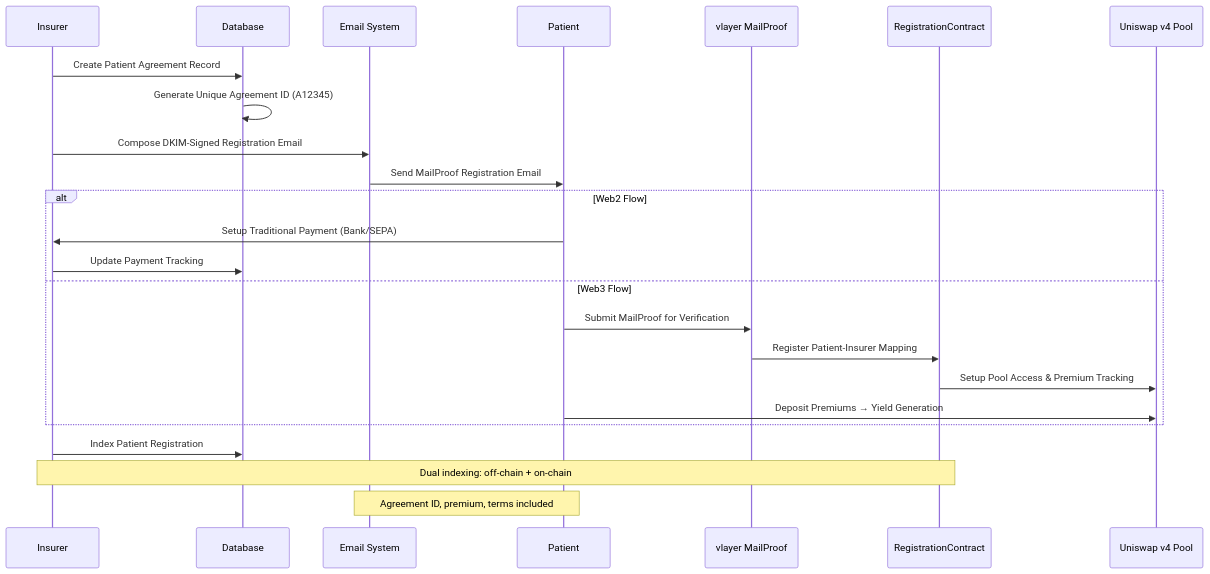
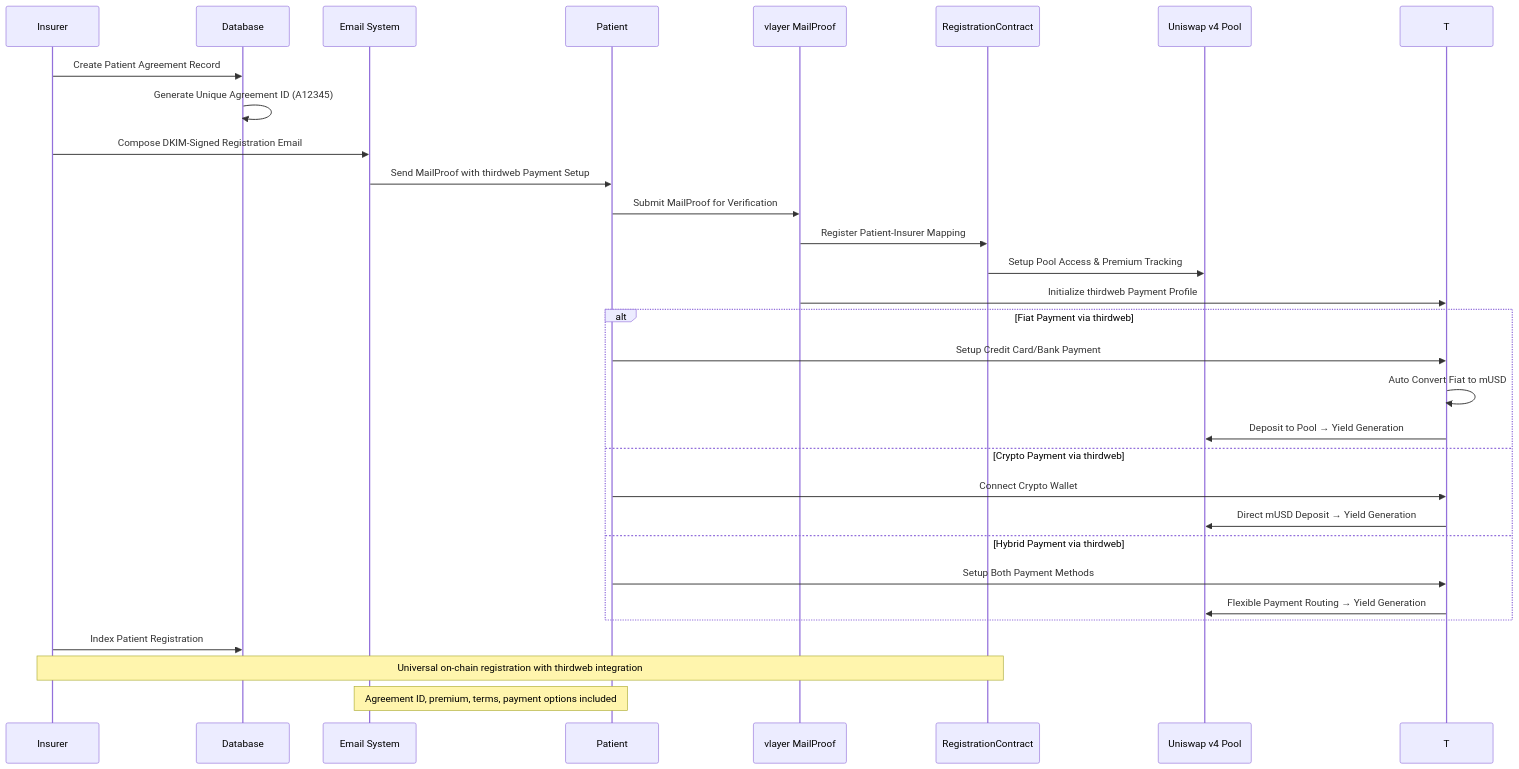
One commit to ppezzull/zkMed changed the sixth of 18 diagrams in memory-bank/systemPatterns.md. Above: the diagram before and after it, drawn with Mermaid. The commit also changed other lines of this file and 1 other file, not shown here.

Commit message:
New memory-bank after a few realizations pt.5

````diff
--- a/memory-bank/systemPatterns.md
+++ b/memory-bank/systemPatterns.md
@@ -225,30 +226,37 @@
 ```mermaid
 sequenceDiagram
     participant I as Insurer
     participant D as Database
     participant E as Email System
     participant P as Patient
     participant V as vlayer MailProof
     participant R as RegistrationContract
     participant U as Uniswap v4 Pool
 
     I->>D: Create Patient Agreement Record
     D->>D: Generate Unique Agreement ID (A12345)
     I->>E: Compose DKIM-Signed Registration Email
-    E->>P: Send MailProof Registration Email
+    E->>P: Send MailProof with thirdweb Payment Setup
     
-    alt Web2 Flow
-        P->>I: Setup Traditional Payment (Bank/SEPA)
-        I->>D: Update Payment Tracking
-    else Web3 Flow
-        P->>V: Submit MailProof for Verification
-        V->>R: Register Patient-Insurer Mapping
-        R->>U: Setup Pool Access & Premium Tracking
-        P->>U: Deposit Premiums → Yield Generation
+    P->>V: Submit MailProof for Verification
+    V->>R: Register Patient-Insurer Mapping  
+    R->>U: Setup Pool Access & Premium Tracking
+    V->>T: Initialize thirdweb Payment Profile
+    
+    alt Fiat Payment via thirdweb
+        P->>T: Setup Credit Card/Bank Payment
+        T->>T: Auto Convert Fiat to mUSD
+        T->>U: Deposit to Pool → Yield Generation
+    else Crypto Payment via thirdweb
+        P->>T: Connect Crypto Wallet
+        T->>U: Direct mUSD Deposit → Yield Generation
+    else Hybrid Payment via thirdweb
+        P->>T: Setup Both Payment Methods
+        T->>U: Flexible Payment Routing → Yield Generation
     end
     
     I->>D: Index Patient Registration
     
-    Note over I,R: Dual indexing: off-chain + on-chain
-    Note over E,P: Agreement ID, premium, terms included
+    Note over I,R: Universal on-chain registration with thirdweb integration
+    Note over E,P: Agreement ID, premium, terms, payment options included
 ```
````
